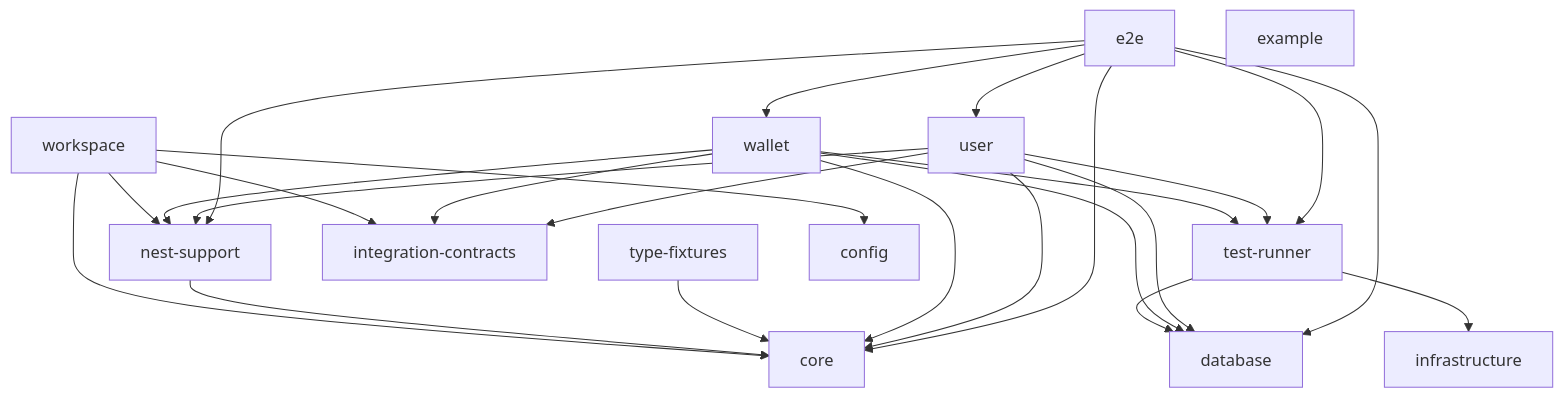
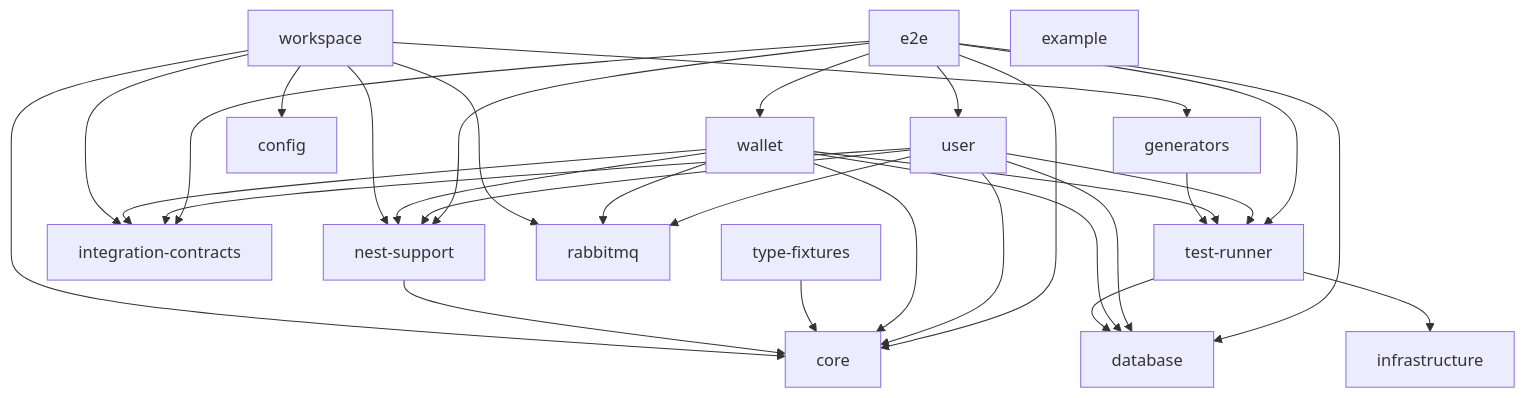
One commit to danilomartinelli/domain-driven-hexagon-scaffold changed the first of 2 diagrams in docs/nx-workspace.md. Above: the diagram before and after it, drawn with Mermaid. The commit also changed other lines of this file and 47 other files, not shown here.

````diff
--- a/docs/nx-workspace.md
+++ b/docs/nx-workspace.md
@@ -47,28 +48,34 @@
 ```mermaid
 graph TD
   e2e --> nest-support
   e2e --> core
+  e2e --> integration-contracts
   e2e --> test-runner
   e2e --> database
   e2e --> user
   e2e --> wallet
   user --> nest-support
   user --> core
   user --> integration-contracts
+  user --> rabbitmq
   user --> test-runner
   user --> database
   wallet --> nest-support
   wallet --> core
   wallet --> integration-contracts
+  wallet --> rabbitmq
   wallet --> test-runner
   wallet --> database
   test-runner --> database
   test-runner --> infrastructure
+  generators --> test-runner
   type-fixtures --> core
   nest-support --> core
   workspace --> config
+  workspace --> generators
   workspace --> core
   workspace --> nest-support
   workspace --> integration-contracts
+  workspace --> rabbitmq
   example
 ```
````
